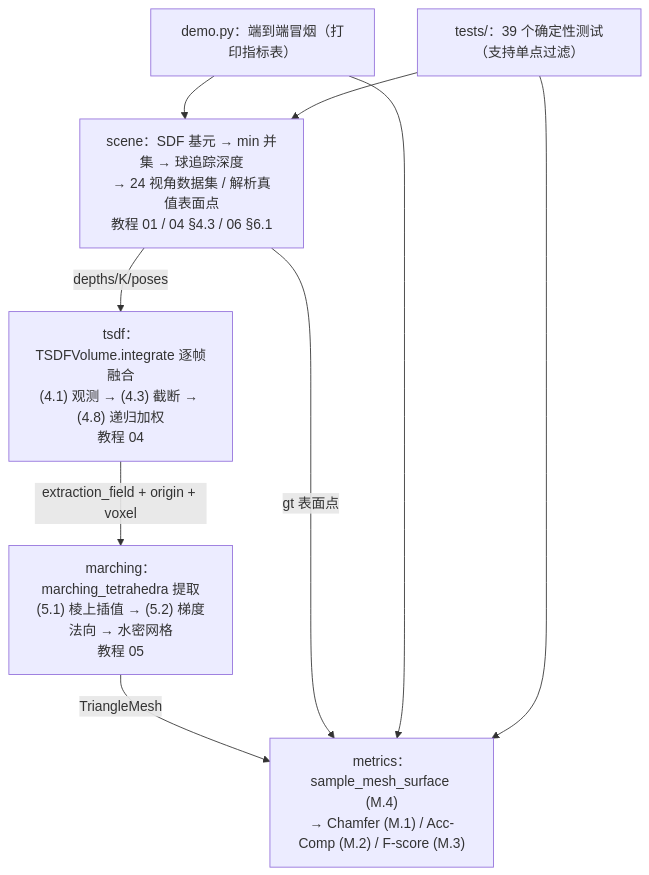
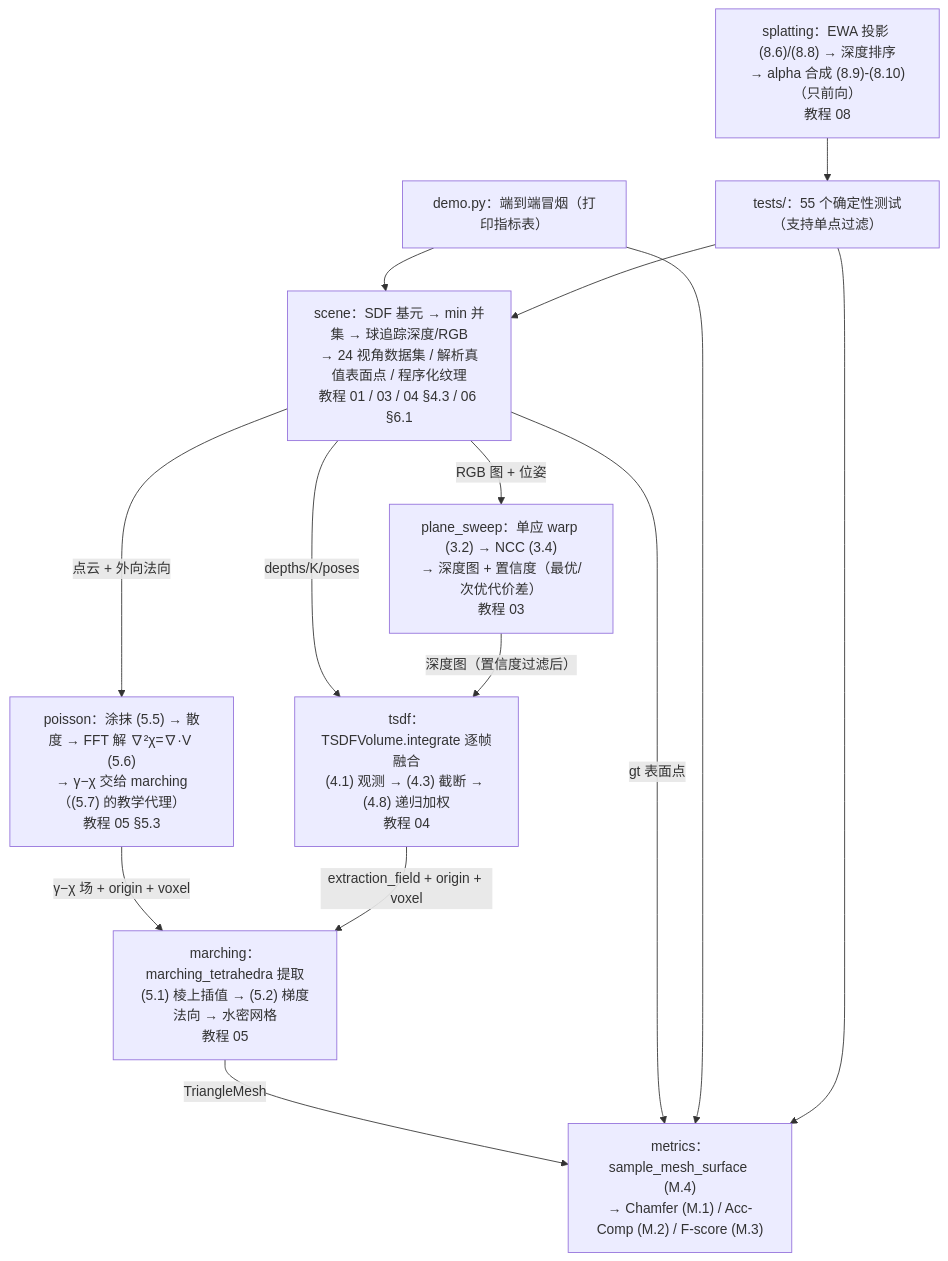
The diagram in projects/3d_reconstruction/TUTORIAL.md (xMathematics/RoboTwinTutorial), drawn with Mermaid before and after one commit. The commit also changed other lines of this file and 12 other files, not shown here.

Commit message:
feat(3d_reconstruction): 论文级模块补齐（FFT-Poisson/平面扫描 MVS/前向 3DGS 泼溅，39→55 项测试）+ 13 篇论文代码映射表

````diff
--- a/projects/3d_reconstruction/TUTORIAL.md
+++ b/projects/3d_reconstruction/TUTORIAL.md
@@ -317,18 +472,26 @@
 ```mermaid
 flowchart TD
-    SCENE["scene：SDF 基元 → min 并集 → 球追踪深度<br>→ 24 视角数据集 / 解析真值表面点<br>教程 01 / 04 §4.3 / 06 §6.1"]
+    SCENE["scene：SDF 基元 → min 并集 → 球追踪深度/RGB<br>→ 24 视角数据集 / 解析真值表面点 / 程序化纹理<br>教程 01 / 03 / 04 §4.3 / 06 §6.1"]
+    PS["plane_sweep：单应 warp (3.2) → NCC (3.4)<br>→ 深度图 + 置信度（最优/次优代价差）<br>教程 03"]
     TSDF["tsdf：TSDFVolume.integrate 逐帧融合<br>(4.1) 观测 → (4.3) 截断 → (4.8) 递归加权<br>教程 04"]
+    POISSON["poisson：涂抹 (5.5) → 散度 → FFT 解 ∇²χ=∇·V (5.6)<br>→ γ−χ 交给 marching（(5.7) 的教学代理）<br>教程 05 §5.3"]
     MARCH["marching：marching_tetrahedra 提取<br>(5.1) 棱上插值 → (5.2) 梯度法向 → 水密网格<br>教程 05"]
+    SPLAT["splatting：EWA 投影 (8.6)/(8.8) → 深度排序<br>→ alpha 合成 (8.9)-(8.10)（只前向）<br>教程 08"]
     METRICS["metrics：sample_mesh_surface (M.4)<br>→ Chamfer (M.1) / Acc-Comp (M.2) / F-score (M.3)"]
     DEMO["demo.py：端到端冒烟（打印指标表）"]
-    TESTS["tests/：39 个确定性测试（支持单点过滤）"]
+    TESTS["tests/：55 个确定性测试（支持单点过滤）"]
 
     SCENE -- "depths/K/poses" --> TSDF
+    SCENE -- "RGB 图 + 位姿" --> PS
+    PS -- "深度图（置信度过滤后）" --> TSDF
+    SCENE -- "点云 + 外向法向" --> POISSON
+    POISSON -- "γ−χ 场 + origin + voxel" --> MARCH
     TSDF -- "extraction_field + origin + voxel" --> MARCH
     MARCH -- "TriangleMesh" --> METRICS
     SCENE -- "gt 表面点" --> METRICS
+    SPLAT --> TESTS
     DEMO --> SCENE
     DEMO --> METRICS
     TESTS --> SCENE
     TESTS --> METRICS
 ```
````
